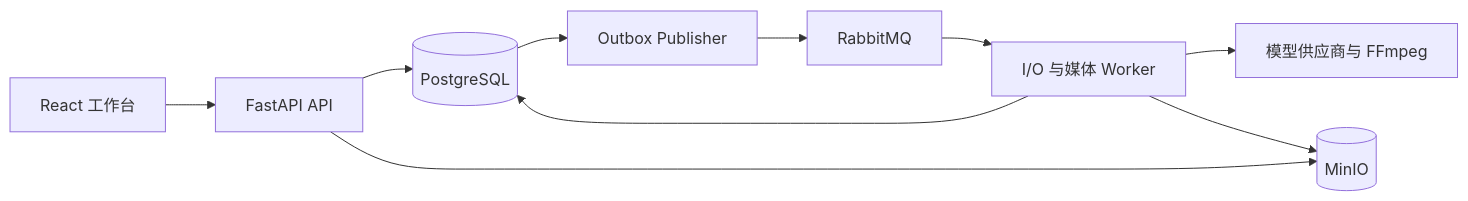
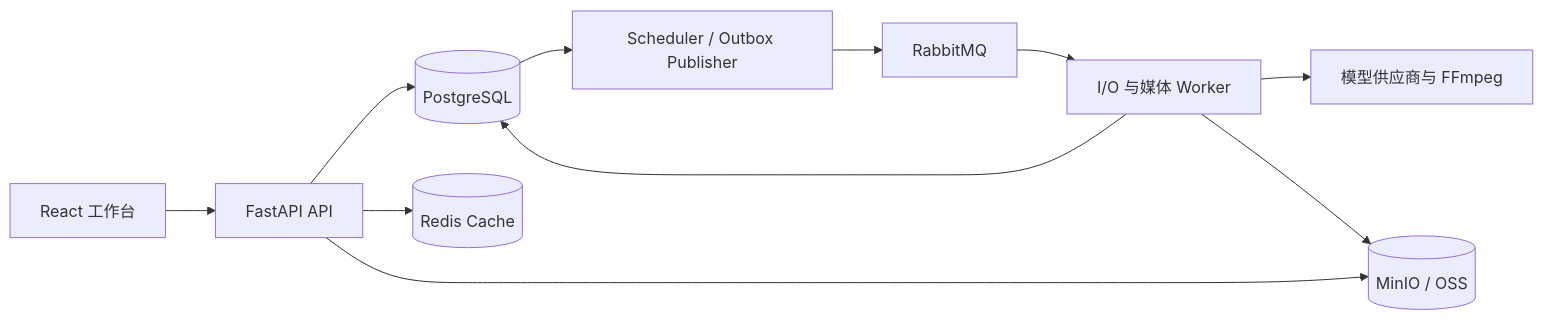
One commit to StephenQiu30/lanverse changed the diagram in docs/design/模块设计/001-模块详细设计总览.md. Above: the diagram before and after it, drawn with Mermaid. The commit also changed other lines of this file and 15 other files, not shown here.

```diff
--- a/docs/design/模块设计/001-模块详细设计总览.md
+++ b/docs/design/模块设计/001-模块详细设计总览.md
@@ -28,11 +28,12 @@
 ~~~mermaid
 flowchart LR
     WEB["React 工作台"] --> API["FastAPI API"]
     API --> PG[(PostgreSQL)]
-    API --> MINIO[(MinIO)]
-    PG --> OUT["Outbox Publisher"] --> MQ["RabbitMQ"]
+    API --> REDIS[(Redis Cache)]
+    API --> STORE[(MinIO / OSS)]
+    PG --> SCH["Scheduler / Outbox Publisher"] --> MQ["RabbitMQ"]
     MQ --> WRK["I/O 与媒体 Worker"]
     WRK --> EXT["模型供应商与 FFmpeg"]
     WRK --> PG
-    WRK --> MINIO
+    WRK --> STORE
 ~~~
```
